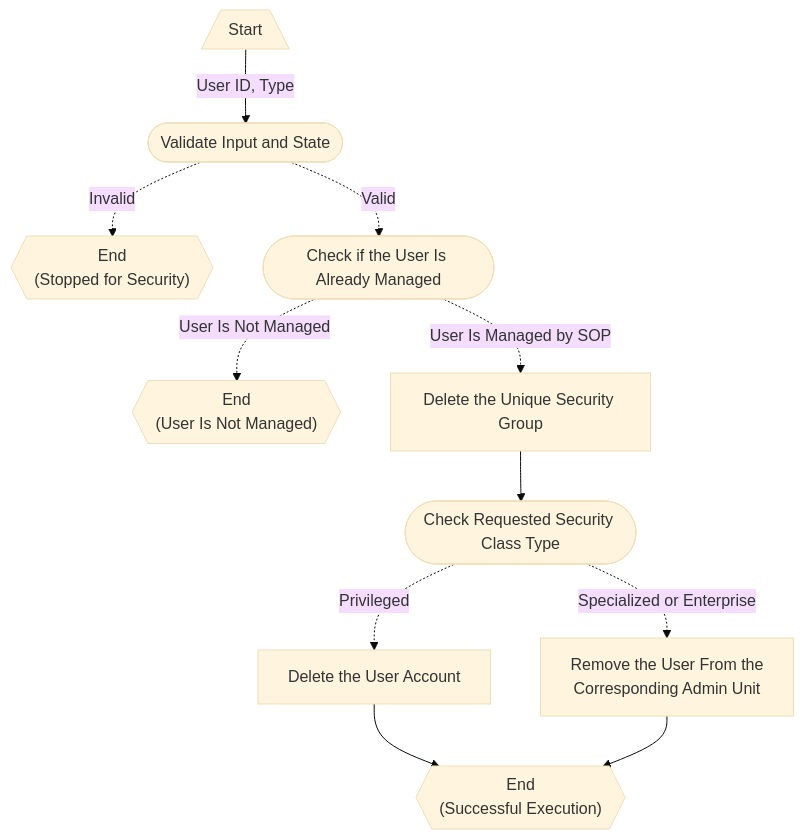
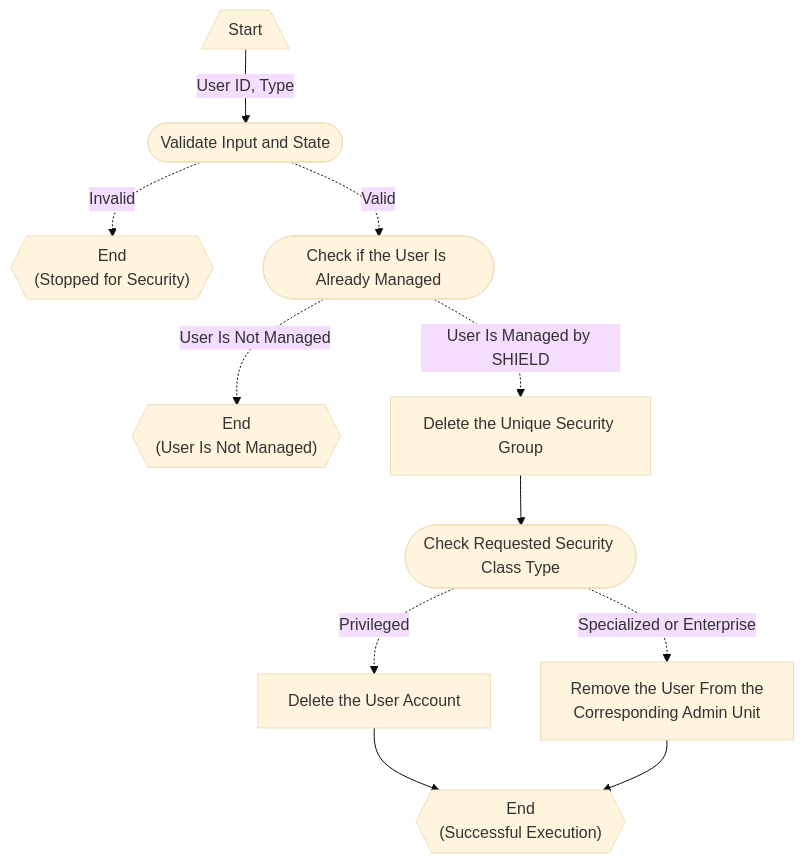
Before and after one commit to Software-Hardware-Integration-Lab/Documentation: the second of 2 diagrams in docs/SHIELD/Reference/Architecture/Diagrams/User-Decommission.md, drawn with Mermaid (base theme). The commit also changed 15 other files, not shown here.

````diff
--- a/docs/SHIELD/Reference/Architecture/Diagrams/User-Decommission.md
+++ b/docs/SHIELD/Reference/Architecture/Diagrams/User-Decommission.md
@@ -33,25 +33,25 @@
 ``` mermaid
 flowchart TD
 
 Start[/"Start"\]
 InputValidation(["Validate Input and State"])
 failValidation{{"End\n(Stopped for Security)"}}
 checkIfManaged(["Check if the User Is Already Managed"])
 failNotManaged{{"End\n(User Is Not Managed)"}}
 checkSecurityType(["Check Requested Security Class Type"])
 deleteUniqueGroup["Delete the Unique Security Group"]
 deleteUser["Delete the User Account"]
 removeAdminUnitMember["Remove the User From the\nCorresponding Admin Unit"]
 successEnd{{"End\n(Successful Execution)"}}
 
 Start -->| User ID, Type | InputValidation
 InputValidation -.->| Invalid | failValidation
 InputValidation -.->| Valid | checkIfManaged
 checkIfManaged -.-> | User Is Not Managed | failNotManaged
-checkIfManaged -.-> | User Is Managed by SOP | deleteUniqueGroup
+checkIfManaged -.-> | User Is Managed by SHIELD | deleteUniqueGroup
 deleteUniqueGroup --> checkSecurityType
 checkSecurityType -.-> | Privileged | deleteUser
 checkSecurityType -.-> | Specialized or Enterprise | removeAdminUnitMember
 deleteUser --> successEnd
 removeAdminUnitMember --> successEnd
 ```
````
